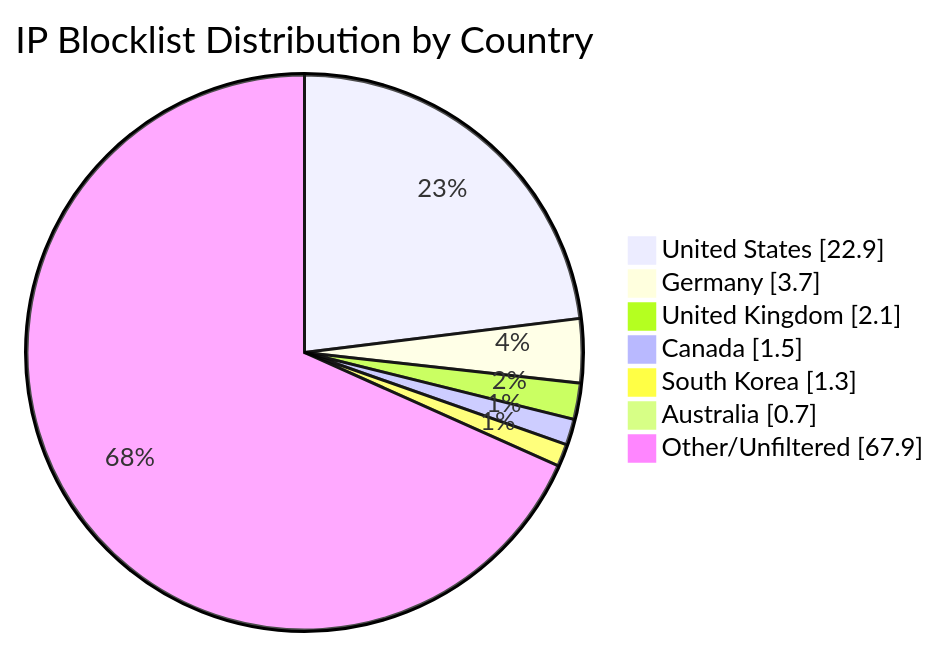
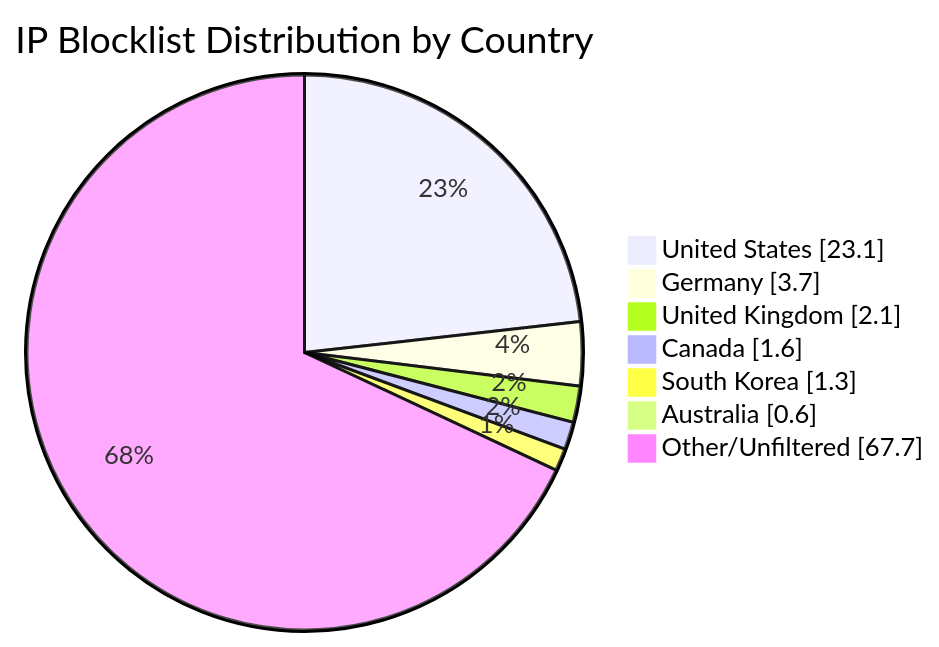
The diagram in README.md (MarcusHoltz/ipblocklist-geofiltered-aggregator), drawn with Mermaid before and after one commit. The commit also changed other lines of this file and 9 other files, not shown here.

````diff
--- a/README.md
+++ b/README.md
@@ -34,10 +34,10 @@
 ```mermaid
 pie showData title IP Blocklist Distribution by Country
-"United States" : 22.9
+"United States" : 23.1
 "Germany" : 3.7
 "United Kingdom" : 2.1
-"Canada" : 1.5
+"Canada" : 1.6
 "South Korea" : 1.3
-"Australia" : 0.7
-"Other/Unfiltered" : 67.9
+"Australia" : 0.6
+"Other/Unfiltered" : 67.7
 ```
````
